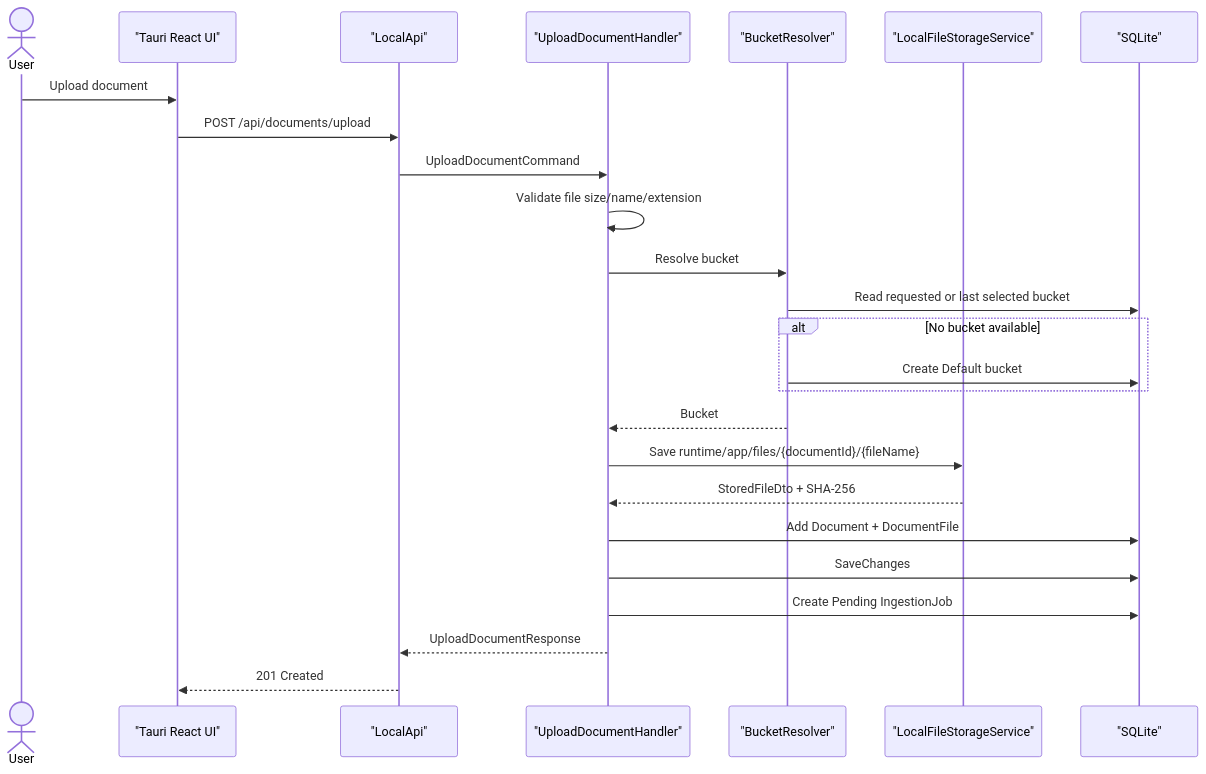
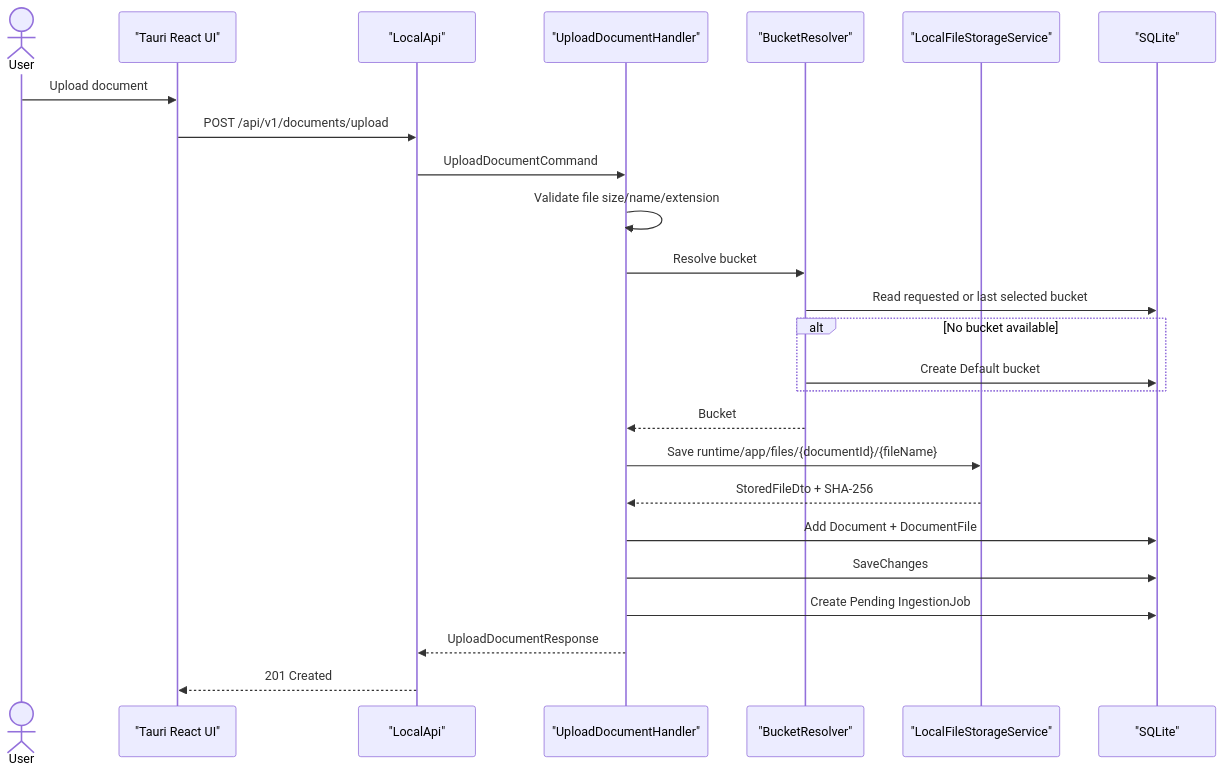
Before and after one commit to Ermolz69/localmind-rag: the first of 3 diagrams in docs/architecture/rag-pipeline.md, drawn with Mermaid. The commit also changed other lines of this file and 8 other files, not shown here.

Commit message:
docs: update architecture and requirements

````diff
--- a/docs/architecture/rag-pipeline.md
+++ b/docs/architecture/rag-pipeline.md
@@ -7,28 +7,28 @@
 ```mermaid
 sequenceDiagram
     actor User
     participant UI as "Tauri React UI"
     participant API as "LocalApi"
     participant Handler as "UploadDocumentHandler"
     participant Buckets as "BucketResolver"
     participant Storage as "LocalFileStorageService"
     participant DB as "SQLite"
 
     User->>UI: Upload document
-    UI->>API: POST /api/documents/upload
+    UI->>API: POST /api/v1/documents/upload
     API->>Handler: UploadDocumentCommand
     Handler->>Handler: Validate file size/name/extension
     Handler->>Buckets: Resolve bucket
     Buckets->>DB: Read requested or last selected bucket
     alt No bucket available
         Buckets->>DB: Create Default bucket
     end
     Buckets-->>Handler: Bucket
     Handler->>Storage: Save runtime/app/files/{documentId}/{fileName}
     Storage-->>Handler: StoredFileDto + SHA-256
     Handler->>DB: Add Document + DocumentFile
     Handler->>DB: SaveChanges
     Handler->>DB: Create Pending IngestionJob
     Handler-->>API: UploadDocumentResponse
     API-->>UI: 201 Created
 ```
````
